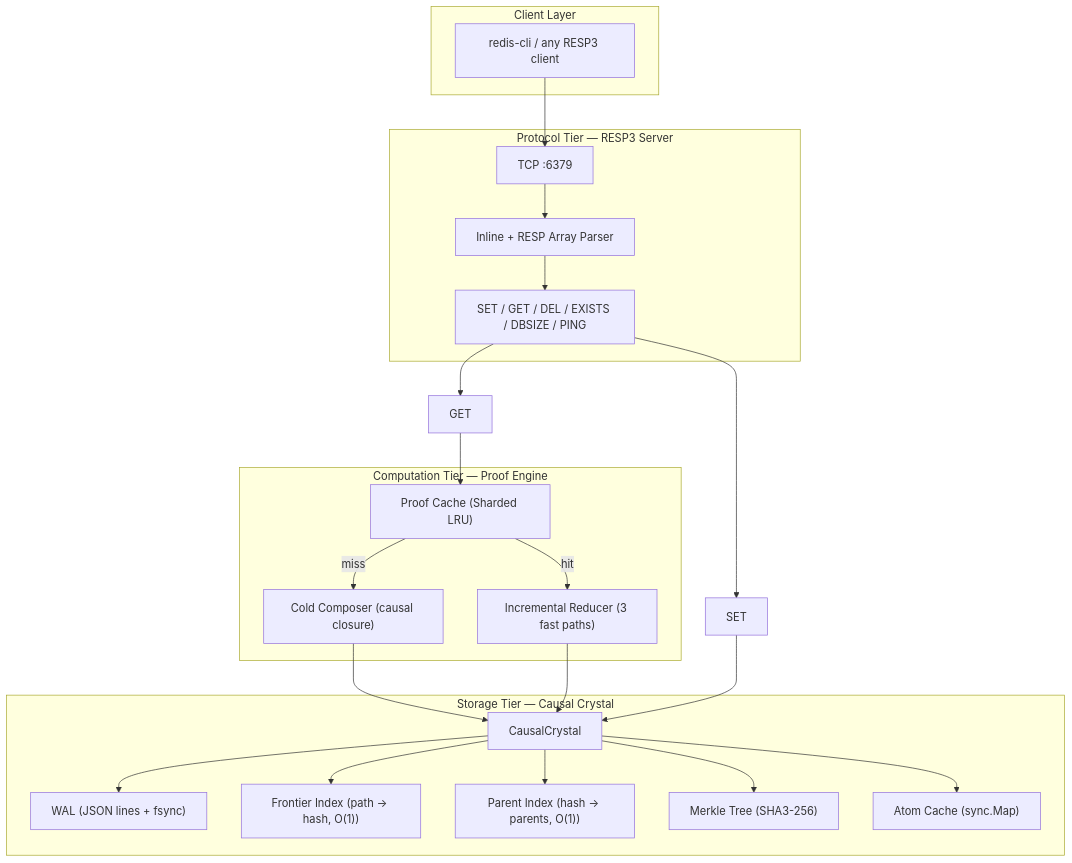
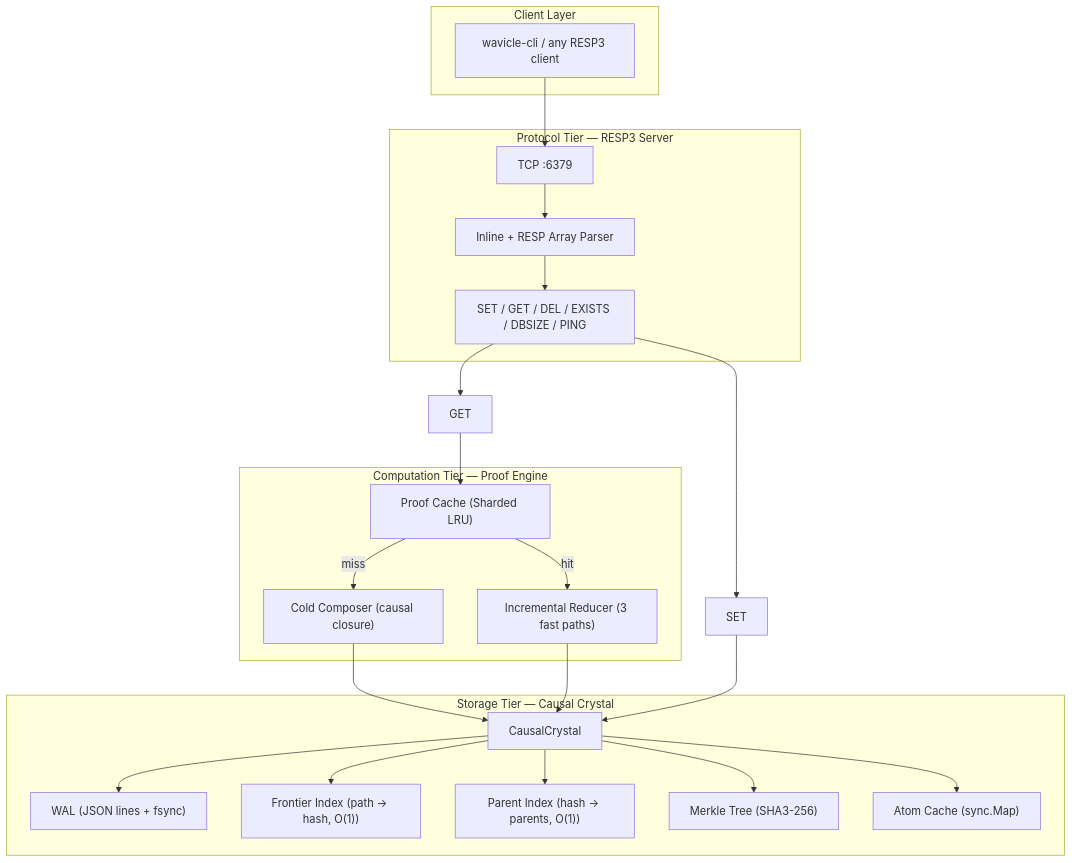
Before and after one commit to tanmayjoddar/wavicle: the diagram in readme.md, drawn with Mermaid. The commit also changed other lines of this file, not shown here.

First line of the commit message:
Update README quick start and API docs to use native wavicle-cli

````diff
--- a/readme.md
+++ b/readme.md
@@ -46,40 +46,40 @@
 ```mermaid
 graph TB
     subgraph "Client Layer"
-        RC["redis-cli / any RESP3 client"]
+        RC["wavicle-cli / any RESP3 client"]
     end
 
     subgraph "Protocol Tier — RESP3 Server"
         TCP["TCP :6379"]
         PARSE["Inline + RESP Array Parser"]
         CMDS["SET / GET / DEL / EXISTS / DBSIZE / PING"]
     end
 
     subgraph "Computation Tier — Proof Engine"
         CACHE["Proof Cache (Sharded LRU)"]
         COLD["Cold Composer (causal closure)"]
         INCR["Incremental Reducer (3 fast paths)"]
     end
 
     subgraph "Storage Tier — Causal Crystal"
         CRYSTAL["CausalCrystal"]
         WAL["WAL (JSON lines + fsync)"]
         FRONT["Frontier Index (path -> hash, O(1))"]
         PARENT["Parent Index (hash -> parents, O(1))"]
         MERKLE["Merkle Tree (SHA3-256)"]
         ATOMCACHE["Atom Cache (sync.Map)"]
     end
 
     RC --> TCP --> PARSE --> CMDS
     CMDS --> GET
     CMDS --> SET
     GET --> CACHE
     CACHE -->|miss| COLD --> CRYSTAL
     CACHE -->|hit| INCR --> CRYSTAL
     SET --> CRYSTAL
     CRYSTAL --> WAL
     CRYSTAL --> FRONT
     CRYSTAL --> PARENT
     CRYSTAL --> MERKLE
     CRYSTAL --> ATOMCACHE
 ```
````
